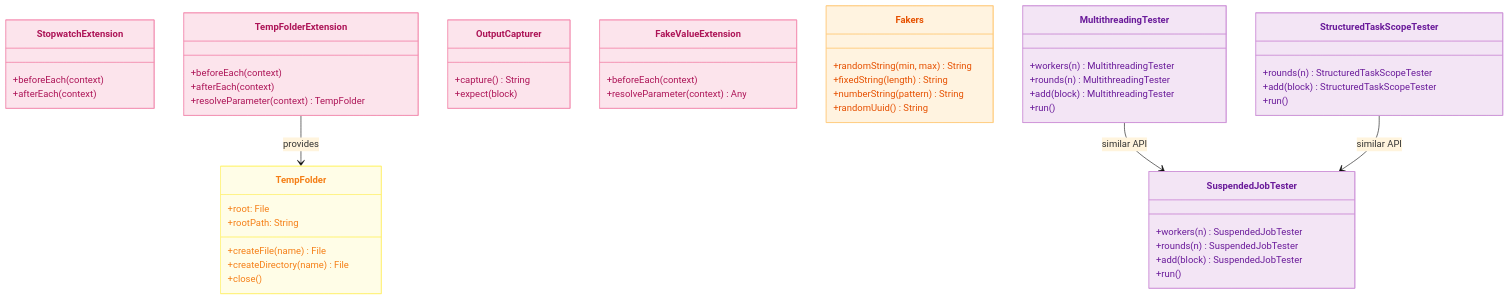
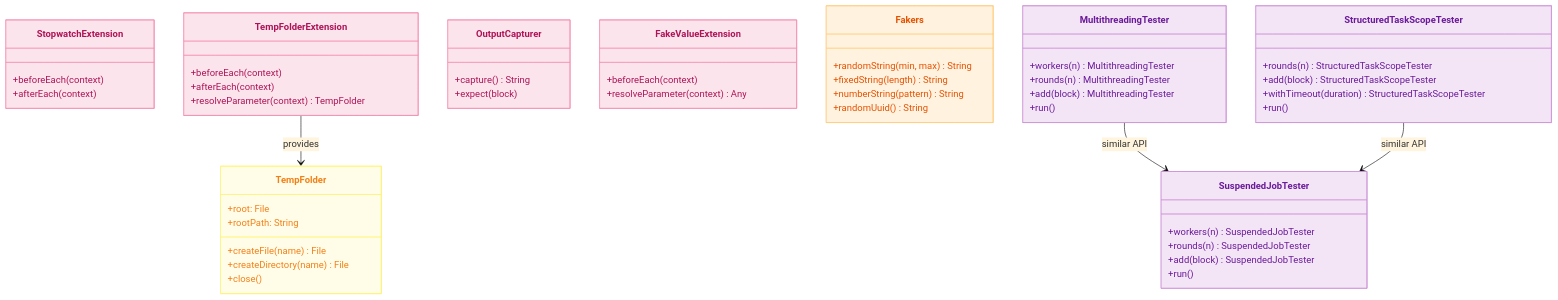
One commit to bluetape4k/bluetape4k-projects changed the second of 3 diagrams in testing/junit5/README.ko.md. Above: the diagram before and after it, drawn with Mermaid (base theme). The commit also changed other lines of this file and 3 other files, not shown here.

First line of the commit message:
docs: README 업데이트 - joinUntil 전체 scope 지원 및 withTimeout 문서화

````diff
--- a/testing/junit5/README.ko.md
+++ b/testing/junit5/README.ko.md
@@ -66,64 +66,65 @@
 ```mermaid
 classDiagram
     class StopwatchExtension {
         +beforeEach(context)
         +afterEach(context)
     }
     class TempFolderExtension {
         +beforeEach(context)
         +afterEach(context)
         +resolveParameter(context) TempFolder
     }
     class TempFolder {
         +root: File
         +rootPath: String
         +createFile(name) File
         +createDirectory(name) File
         +close()
     }
     class OutputCapturer {
         +capture() String
         +expect(block)
     }
     class FakeValueExtension {
         +beforeEach(context)
         +resolveParameter(context) Any
     }
     class Fakers {
         +randomString(min, max) String
         +fixedString(length) String
         +numberString(pattern) String
         +randomUuid() String
     }
     class MultithreadingTester {
         +workers(n) MultithreadingTester
         +rounds(n) MultithreadingTester
         +add(block) MultithreadingTester
         +run()
     }
     class SuspendedJobTester {
         +workers(n) SuspendedJobTester
         +rounds(n) SuspendedJobTester
         +add(block) SuspendedJobTester
         +run()
     }
     class StructuredTaskScopeTester {
         +rounds(n) StructuredTaskScopeTester
         +add(block) StructuredTaskScopeTester
+        +withTimeout(duration) StructuredTaskScopeTester
         +run()
     }
 
     TempFolderExtension --> TempFolder : provides
     MultithreadingTester --> SuspendedJobTester : similar API
     StructuredTaskScopeTester --> SuspendedJobTester : similar API
 
     style StopwatchExtension fill:#FCE4EC,stroke:#F48FB1,color:#AD1457
     style TempFolderExtension fill:#FCE4EC,stroke:#F48FB1,color:#AD1457
     style TempFolder fill:#FFFDE7,stroke:#FFF176,color:#F57F17
     style OutputCapturer fill:#FCE4EC,stroke:#F48FB1,color:#AD1457
     style FakeValueExtension fill:#FCE4EC,stroke:#F48FB1,color:#AD1457
     style Fakers fill:#FFF3E0,stroke:#FFCC80,color:#E65100
     style MultithreadingTester fill:#F3E5F5,stroke:#CE93D8,color:#6A1B9A
     style SuspendedJobTester fill:#F3E5F5,stroke:#CE93D8,color:#6A1B9A
     style StructuredTaskScopeTester fill:#F3E5F5,stroke:#CE93D8,color:#6A1B9A
 ```
````
